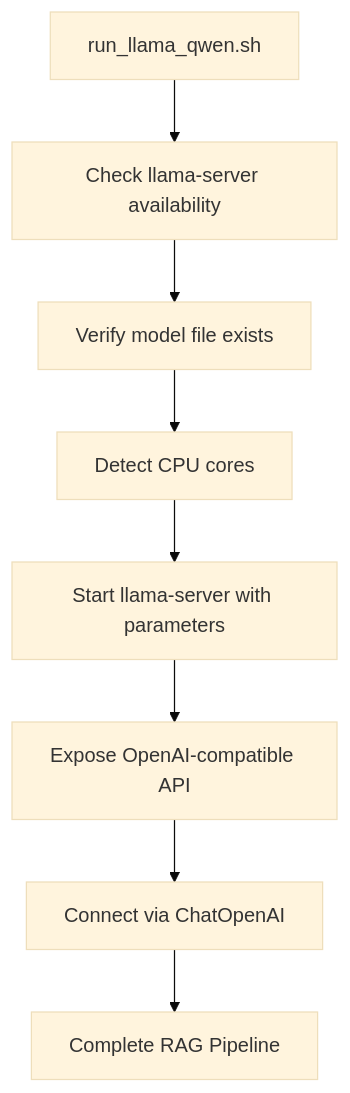
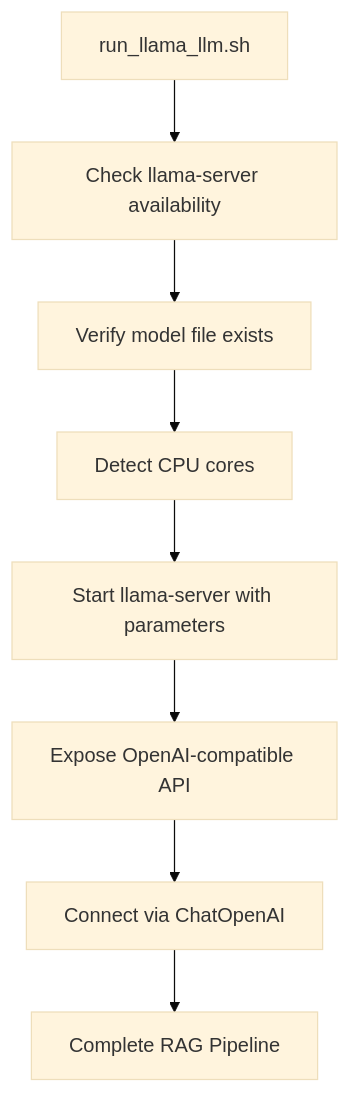
Diagram 20 of 21 in .qoder/repowiki/en/content/RAG Integration/RAG Integration.md (ognelis/cafetera_hr_bot), drawn with Mermaid (base theme) before and after one commit. The commit also changed other lines of this file and 4 other files, not shown here.

````diff
--- a/.qoder/repowiki/en/content/RAG Integration/RAG Integration.md
+++ b/.qoder/repowiki/en/content/RAG Integration/RAG Integration.md
@@ -960,10 +1095,10 @@
 ```mermaid
 flowchart TD
-LlamaScript["run_llama_qwen.sh"] --> CheckPrerequisites["Check llama-server availability"]
+LlamaScript["run_llama_llm.sh"] --> CheckPrerequisites["Check llama-server availability"]
 CheckPrerequisites --> VerifyModel["Verify model file exists"]
 VerifyModel --> DetectCPU["Detect CPU cores"]
 DetectCPU --> StartServer["Start llama-server with parameters"]
 StartServer --> OpenAICompat["Expose OpenAI-compatible API"]
 OpenAICompat --> LangChain["Connect via ChatOpenAI"]
 LangChain --> RAGPipeline["Complete RAG Pipeline"]
 ```
````
